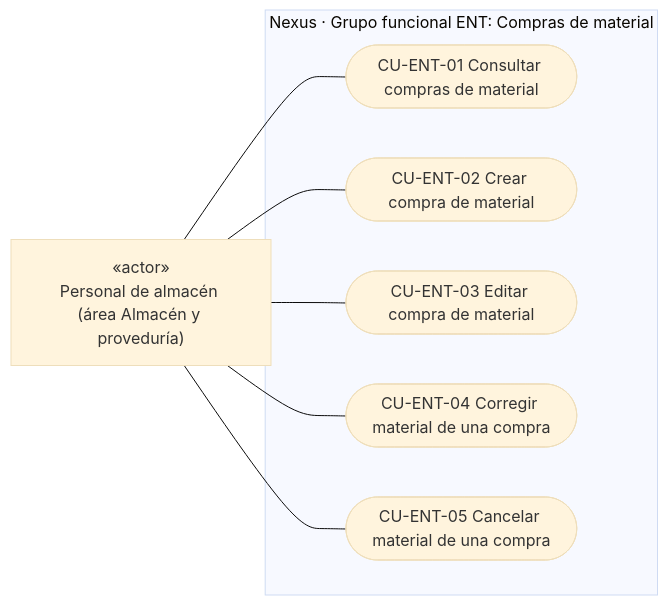
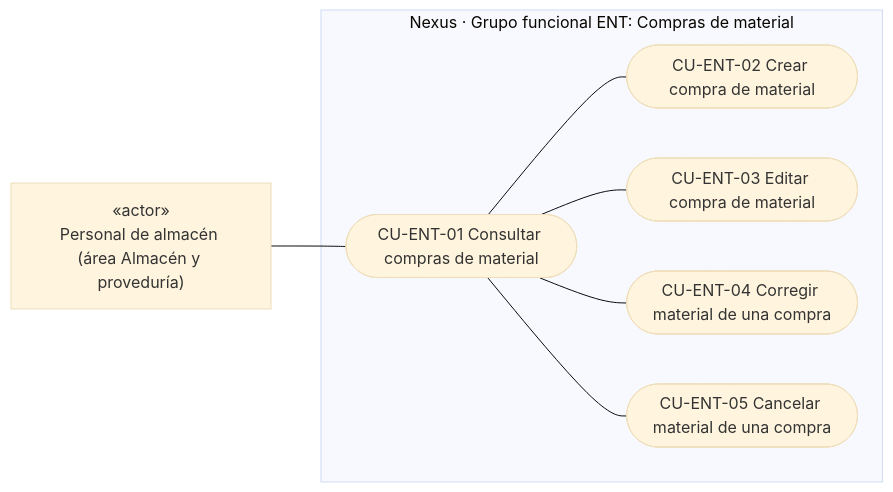
The fourth of 7 diagrams in docs/requirements/domain-and-use-cases.md (gpgsistemas01/nexus), drawn with Mermaid (base theme) before and after one commit. The commit also changed other lines of this file and 1 other file, not shown here.

````diff
--- a/docs/requirements/domain-and-use-cases.md
+++ b/docs/requirements/domain-and-use-cases.md
@@ -189,18 +190,18 @@
 ```mermaid
 flowchart LR
     warehouse["«actor»<br/>Personal de almacén (área Almacén y proveduría)"]
 
     subgraph receiptPackage["Nexus · Grupo funcional ENT: Compras de material"]
         ucReceiptQuery(["CU-ENT-01 Consultar compras de material"])
         ucReceiptCreate(["CU-ENT-02 Crear compra de material"])
         ucReceiptEdit(["CU-ENT-03 Editar compra de material"])
         ucReceiptCorrect(["CU-ENT-04 Corregir material de una compra"])
         ucReceiptCancel(["CU-ENT-05 Cancelar material de una compra"])
     end
 
     warehouse --- ucReceiptQuery
-    warehouse --- ucReceiptCreate
-    warehouse --- ucReceiptEdit
-    warehouse --- ucReceiptCorrect
-    warehouse --- ucReceiptCancel
+    ucReceiptQuery --- ucReceiptCreate
+    ucReceiptQuery --- ucReceiptEdit
+    ucReceiptQuery --- ucReceiptCorrect
+    ucReceiptQuery --- ucReceiptCancel
 ```
````
